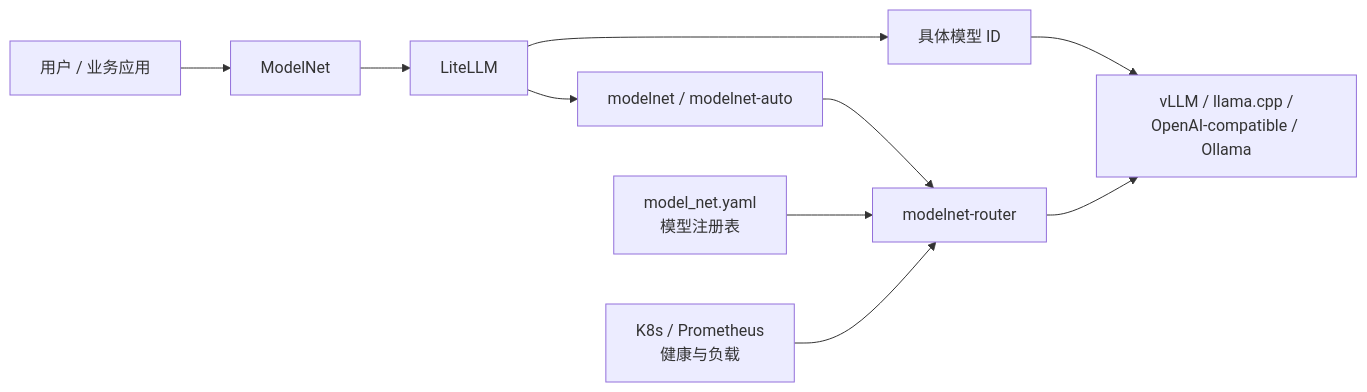
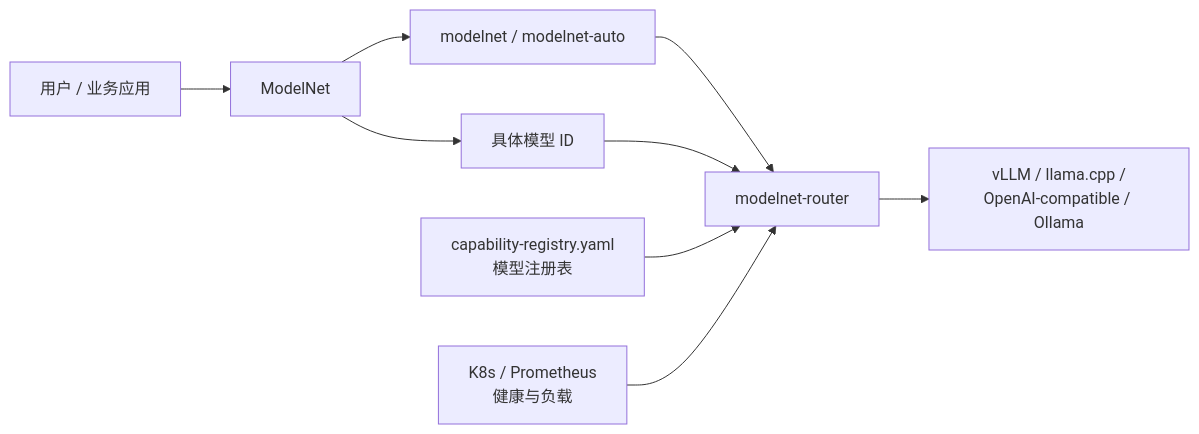
One commit to WNDS-JNU/ModelNet-Toc changed the first of 5 diagrams in docs/modelnet-routing-introduction.md. Above: the diagram before and after it, drawn with Mermaid. The commit also changed other lines of this file and 31 other files, not shown here.

Commit message:
refactor: retire LiteLLM from ModelNet dev stack

````diff
--- a/docs/modelnet-routing-introduction.md
+++ b/docs/modelnet-routing-introduction.md
@@ -21,22 +21,20 @@
 ```mermaid
 flowchart LR
     User["用户 / 业务应用"]
     ModelNetApp["ModelNet"]
-    Lite["LiteLLM"]
     Router["modelnet-router"]
-    Registry["model_net.yaml\n模型注册表"]
+    Registry["capability-registry.yaml\n模型注册表"]
     AutoAlias["modelnet / modelnet-auto"]
     Concrete["具体模型 ID"]
     K8s["K8s / Prometheus\n健康与负载"]
     Backend["vLLM / llama.cpp /\nOpenAI-compatible / Ollama"]
 
     User --> ModelNetApp
-    ModelNetApp --> Lite
-    Lite --> AutoAlias
-    Lite --> Concrete
+    ModelNetApp --> AutoAlias
+    ModelNetApp --> Concrete
     AutoAlias --> Router
-    Concrete --> Backend
+    Concrete --> Router
     Registry --> Router
     K8s --> Router
     Router --> Backend
 ```
````
